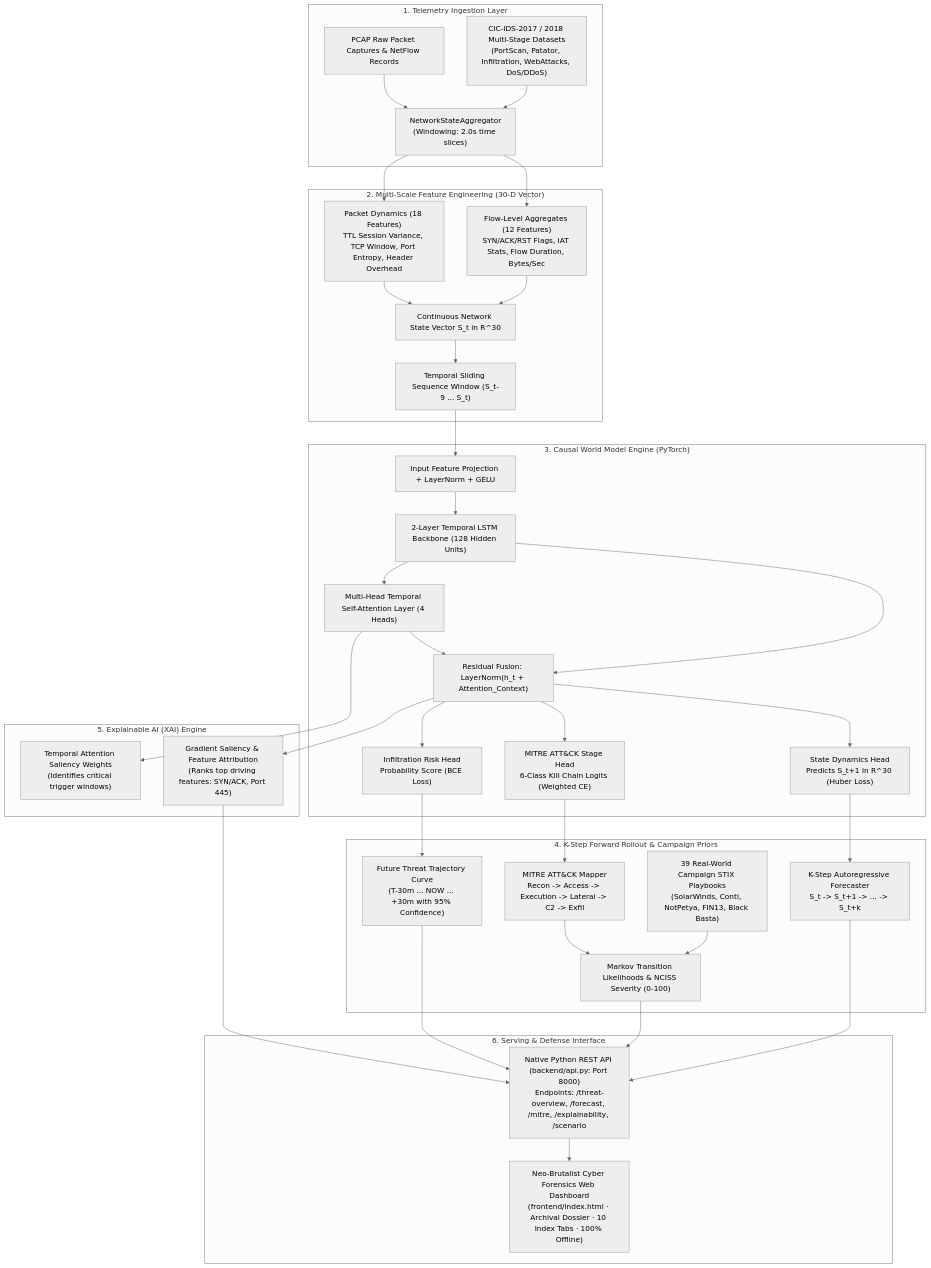
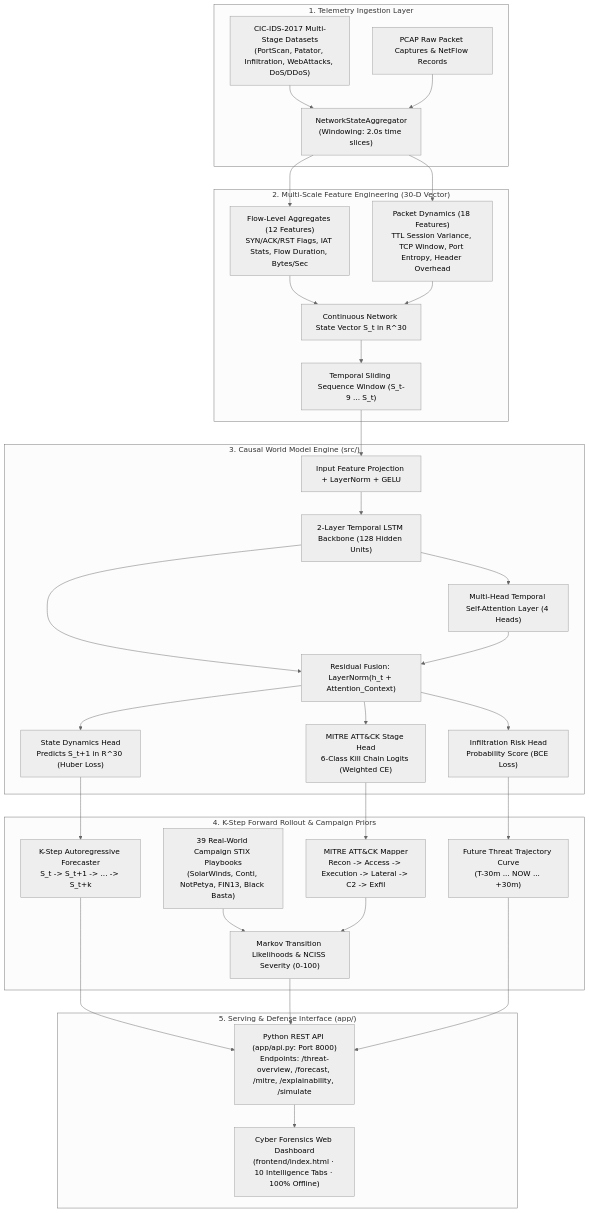
Before and after one commit to Meetvirugama/Attack_Forecasting: the first of 2 diagrams in README.md, drawn with Mermaid (neutral theme). The commit also changed other lines of this file and 7 other files, not shown here.

First line of the commit message:
docs: rewrite all markdown files to reflect src/ + app/ structure

````diff
--- a/README.md
+++ b/README.md
@@ -48,52 +55,46 @@
 ```mermaid
 graph TB
     subgraph Ingestion["1. Telemetry Ingestion Layer"]
-        D1["CIC-IDS-2017 / 2018 Multi-Stage Datasets<br/>(PortScan, Patator, Infiltration, WebAttacks, DoS/DDoS)"]
+        D1["CIC-IDS-2017 Multi-Stage Datasets<br/>(PortScan, Patator, Infiltration, WebAttacks, DoS/DDoS)"]
         D2["PCAP Raw Packet Captures & NetFlow Records"]
         D1 --> AGG["NetworkStateAggregator<br/>(Windowing: 2.0s time slices)"]
         D2 --> AGG
     end
 
     subgraph Features["2. Multi-Scale Feature Engineering (30-D Vector)"]
         AGG --> F1["Flow-Level Aggregates (12 Features)<br/>SYN/ACK/RST Flags, IAT Stats, Flow Duration, Bytes/Sec"]
         AGG --> F2["Packet Dynamics (18 Features)<br/>TTL Session Variance, TCP Window, Port Entropy, Header Overhead"]
         F1 --> SV["Continuous Network State Vector S_t in R^30"]
         F2 --> SV
         SV --> SEQ["Temporal Sliding Sequence Window (S_t-9 ... S_t)"]
     end
 
-    subgraph WorldModel["3. Causal World Model Engine (PyTorch)"]
+    subgraph WorldModel["3. Causal World Model Engine (src/)"]
         SEQ --> EMB["Input Feature Projection + LayerNorm + GELU"]
         EMB --> LSTM["2-Layer Temporal LSTM Backbone (128 Hidden Units)"]
         LSTM --> ATTN["Multi-Head Temporal Self-Attention Layer (4 Heads)"]
         LSTM --> RES["Residual Fusion: LayerNorm(h_t + Attention_Context)"]
         ATTN --> RES
-        
+
         RES --> H_STATE["State Dynamics Head<br/>Predicts S_t+1 in R^30 (Huber Loss)"]
         RES --> H_MITRE["MITRE ATT&CK Stage Head<br/>6-Class Kill Chain Logits (Weighted CE)"]
         RES --> H_RISK["Infiltration Risk Head<br/>Probability Score (BCE Loss)"]
     end
 
     subgraph Forecasting["4. K-Step Forward Rollout & Campaign Priors"]
         H_STATE --> ROLLOUT["K-Step Autoregressive Forecaster<br/>S_t -> S_t+1 -> ... -> S_t+k"]
         H_MITRE --> MITRE["MITRE ATT&CK Mapper<br/>Recon -> Access -> Execution -> Lateral -> C2 -> Exfil"]
-        H_RISK --> TRAJ["Future Threat Trajectory Curve<br/>(T-30m ... NOW ... +30m with 95% Confidence)"]
-        
+        H_RISK --> TRAJ["Future Threat Trajectory Curve<br/>(T-30m ... NOW ... +30m)"]
+
         CAMP["39 Real-World Campaign STIX Playbooks<br/>(SolarWinds, Conti, NotPetya, FIN13, Black Basta)"] --> MARKOV["Markov Transition Likelihoods & NCISS Severity (0-100)"]
         MITRE --> MARKOV
     end
 
-    subgraph Explainability["5. Explainable AI (XAI) Engine"]
-        ATTN --> ATTN_W["Temporal Attention Saliency Weights<br/>(Identifies critical trigger windows)"]
-        RES --> SALIENCY["Gradient Saliency & Feature Attribution<br/>(Ranks top driving features: SYN/ACK, Port 445)"]
-    end
-
-    subgraph Serving["6. Serving & Defense Interface"]
-        ROLLOUT --> API["Native Python REST API (backend/api.py: Port 8000)<br/>Endpoints: /threat-overview, /forecast, /mitre, /explainability, /scenario"]
+    subgraph Serving["5. Serving & Defense Interface (app/)"]
+        ROLLOUT --> API["Python REST API (app/api.py: Port 8000)<br/>Endpoints: /threat-overview, /forecast, /mitre, /explainability, /simulate"]
         MARKOV --> API
         TRAJ --> API
-        SALIENCY --> API
-        
-        API --> UI["Neo-Brutalist Cyber Forensics Web Dashboard<br/>(frontend/index.html · Archival Dossier · 10 Index Tabs · 100% Offline)"]
+
+        API --> UI["Cyber Forensics Web Dashboard<br/>(frontend/index.html · 10 Intelligence Tabs · 100% Offline)"]
     end
 ```
````
